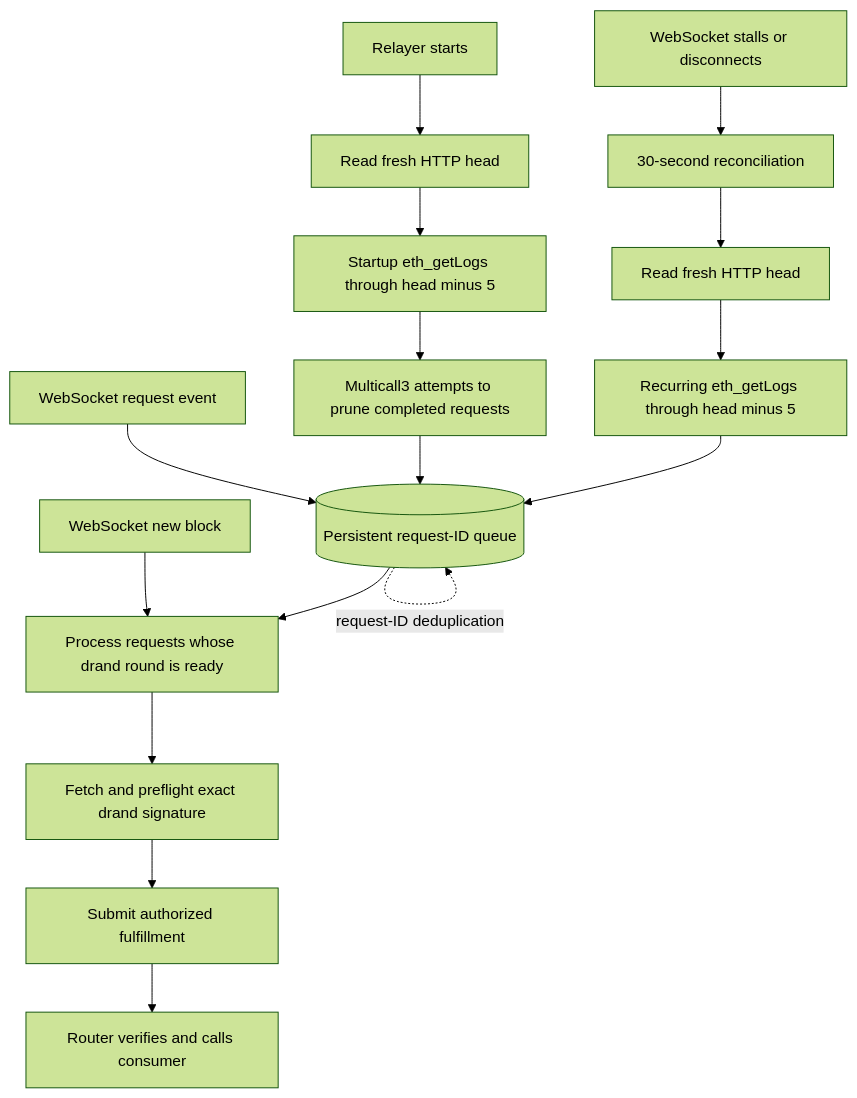
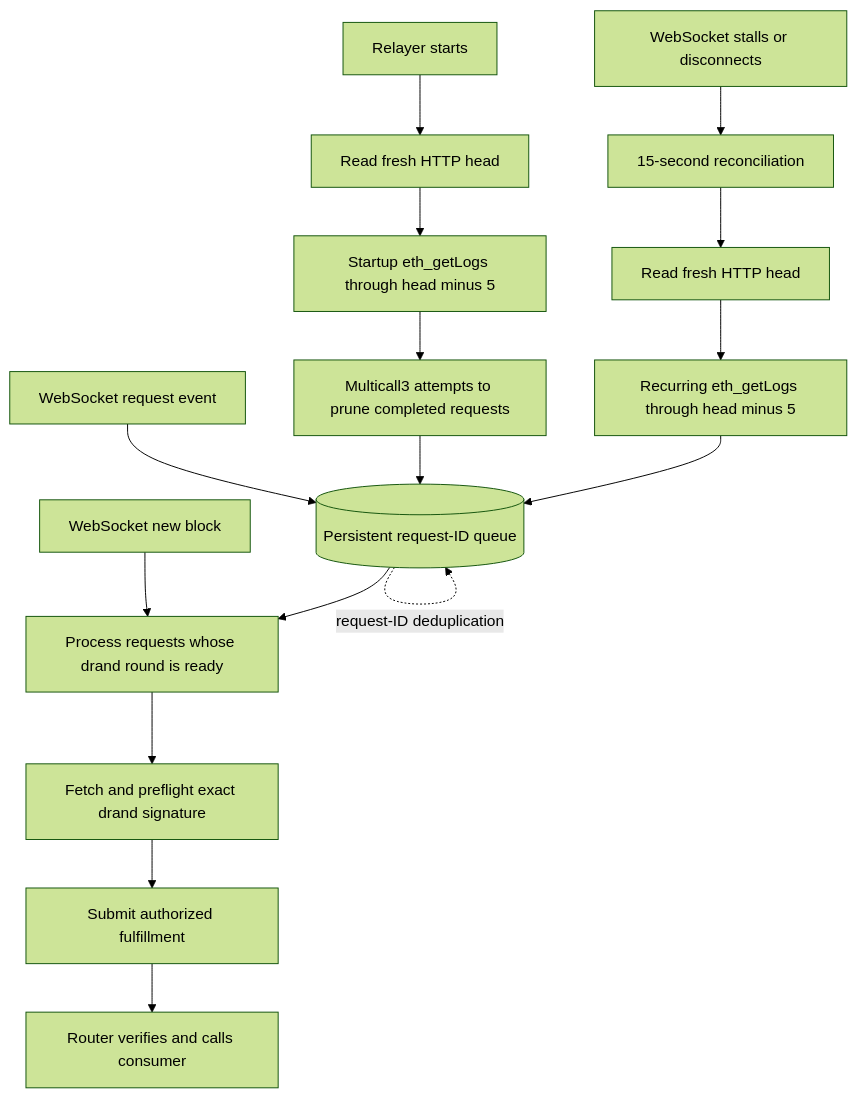
One commit to Robinhood-OSS/OpenVRF changed the diagram in docs/timing-model.md. Above: the diagram before and after it, drawn with Mermaid (forest theme). The commit also changed other lines of this file and 14 other files, not shown here.

````diff
--- a/docs/timing-model.md
+++ b/docs/timing-model.md
@@ -28,18 +28,18 @@
 ```mermaid
 flowchart TD
     S[Relayer starts] --> H[Read fresh HTTP head]
     H --> B[Startup eth_getLogs through head minus 5]
     B --> M[Multicall3 attempts to prune completed requests]
     E[WebSocket request event] --> Q[(Persistent request-ID queue)]
     N[WebSocket new block] --> P[Process requests whose drand round is ready]
     M --> Q
     Q --> P
     P --> D[Fetch and preflight exact drand signature]
     D --> F[Submit authorized fulfillment]
     F --> C[Router verifies and calls consumer]
-    X[WebSocket stalls or disconnects] --> T[30-second reconciliation]
+    X[WebSocket stalls or disconnects] --> T[15-second reconciliation]
     T --> RH[Read fresh HTTP head]
     RH --> RB[Recurring eth_getLogs through head minus 5]
     RB --> Q
     Q -. request-ID deduplication .-> Q
 ```
````
